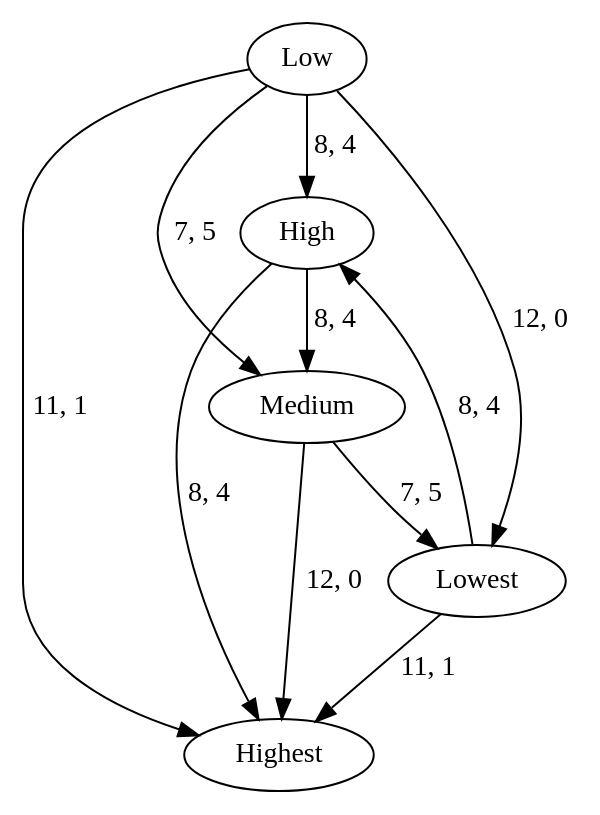
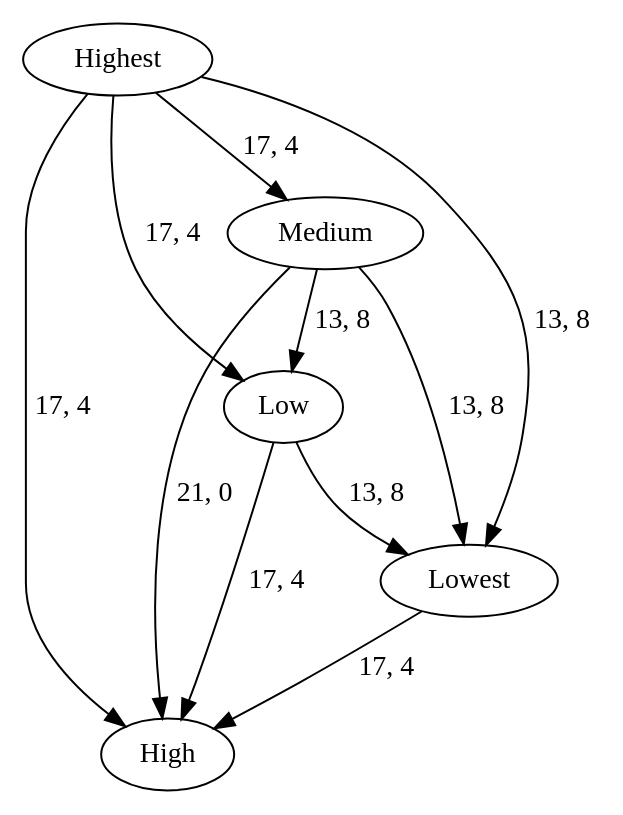
The diagram in Program3/graphImages/oneHigher.gv (efair4/CS5110), drawn with Graphviz before and after one commit. The commit also changed 9 other files, not shown here.

```diff
--- a/Program3/graphImages/oneHigher.gv
+++ b/Program3/graphImages/oneHigher.gv
@@ -1,17 +1,17 @@
 digraph {
 	Highest
 	High
 	Medium
 	Low
 	Lowest
-	High -> Highest [label="8, 4" weight=8]
-	Medium -> Highest [label="12, 0" weight=12]
-	Low -> Highest [label="11, 1" weight=11]
-	Lowest -> Highest [label="11, 1" weight=11]
-	High -> Medium [label="8, 4" weight=8]
-	Low -> High [label="8, 4" weight=8]
-	Lowest -> High [label="8, 4" weight=8]
-	Low -> Medium [label="7, 5" weight=7]
-	Medium -> Lowest [label="7, 5" weight=7]
-	Low -> Lowest [label="12, 0" weight=12]
+	Highest -> High [label="17, 4" weight=17]
+	Highest -> Medium [label="17, 4" weight=17]
+	Highest -> Low [label="17, 4" weight=17]
+	Highest -> Lowest [label="13, 8" weight=13]
+	Medium -> High [label="21, 0" weight=21]
+	Low -> High [label="17, 4" weight=17]
+	Lowest -> High [label="17, 4" weight=17]
+	Medium -> Low [label="13, 8" weight=13]
+	Medium -> Lowest [label="13, 8" weight=13]
+	Low -> Lowest [label="13, 8" weight=13]
 }
```
